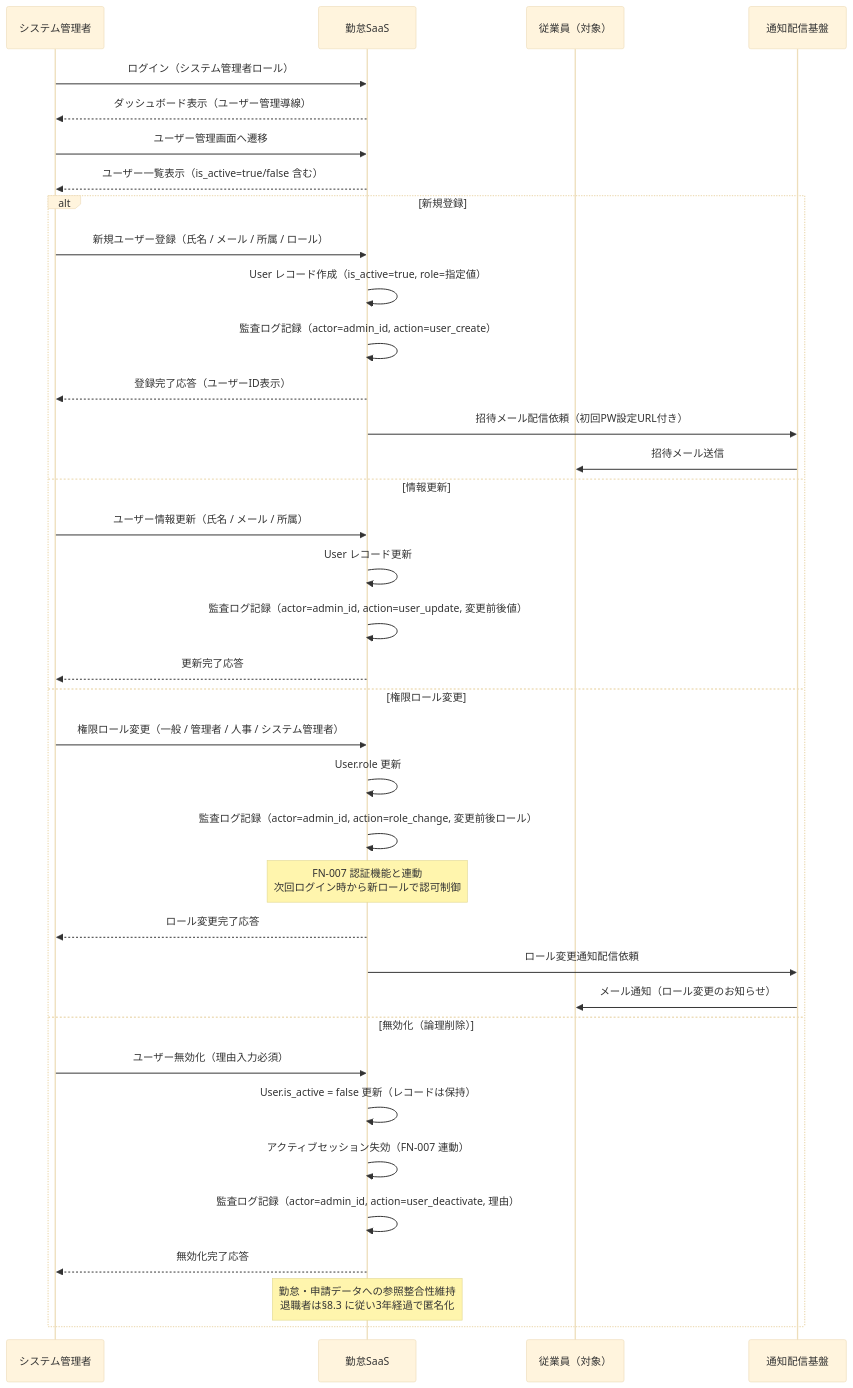
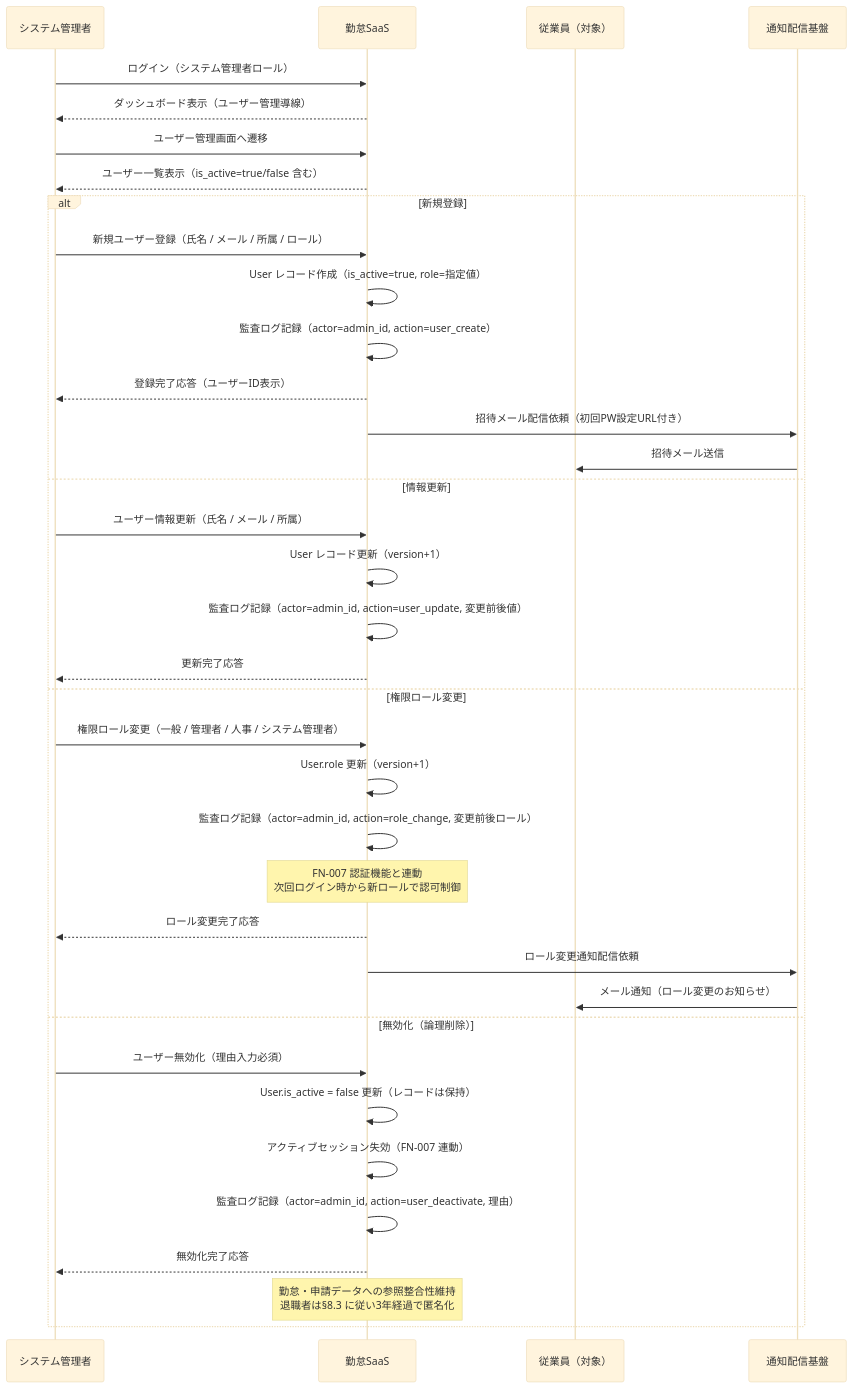
Before and after one commit to einja-inc/einja-management-template: the first of 3 diagrams in docs/einja/example/specs/projects/sample-attendance-saas/function-specs/function-spec-sample-attendance-saas__flow__master_management.md, drawn with Mermaid (base theme). The commit also changed other lines of this file and 7 other files, not shown here.

````diff
--- a/docs/einja/example/specs/projects/sample-attendance-saas/function-specs/function-spec-sample-attendance-saas__flow__master_management.md
+++ b/docs/einja/example/specs/projects/sample-attendance-saas/function-specs/function-spec-sample-attendance-saas__flow__master_management.md
@@ -70,41 +79,41 @@
 ```mermaid
 sequenceDiagram
     participant Admin as システム管理者
     participant Sys as 勤怠SaaS
     participant Emp as 従業員（対象）
     participant N as 通知配信基盤
 
     Admin->>Sys: ログイン（システム管理者ロール）
     Sys-->>Admin: ダッシュボード表示（ユーザー管理導線）
     Admin->>Sys: ユーザー管理画面へ遷移
     Sys-->>Admin: ユーザー一覧表示（is_active=true/false 含む）
 
     alt 新規登録
         Admin->>Sys: 新規ユーザー登録（氏名 / メール / 所属 / ロール）
         Sys->>Sys: User レコード作成（is_active=true, role=指定値）
         Sys->>Sys: 監査ログ記録（actor=admin_id, action=user_create）
         Sys-->>Admin: 登録完了応答（ユーザーID表示）
         Sys->>N: 招待メール配信依頼（初回PW設定URL付き）
         N->>Emp: 招待メール送信
     else 情報更新
         Admin->>Sys: ユーザー情報更新（氏名 / メール / 所属）
-        Sys->>Sys: User レコード更新
+        Sys->>Sys: User レコード更新（version+1）
         Sys->>Sys: 監査ログ記録（actor=admin_id, action=user_update, 変更前後値）
         Sys-->>Admin: 更新完了応答
     else 権限ロール変更
         Admin->>Sys: 権限ロール変更（一般 / 管理者 / 人事 / システム管理者）
-        Sys->>Sys: User.role 更新
+        Sys->>Sys: User.role 更新（version+1）
         Sys->>Sys: 監査ログ記録（actor=admin_id, action=role_change, 変更前後ロール）
         Note over Sys: FN-007 認証機能と連動<br/>次回ログイン時から新ロールで認可制御
         Sys-->>Admin: ロール変更完了応答
         Sys->>N: ロール変更通知配信依頼
         N->>Emp: メール通知（ロール変更のお知らせ）
     else 無効化（論理削除）
         Admin->>Sys: ユーザー無効化（理由入力必須）
         Sys->>Sys: User.is_active = false 更新（レコードは保持）
         Sys->>Sys: アクティブセッション失効（FN-007 連動）
         Sys->>Sys: 監査ログ記録（actor=admin_id, action=user_deactivate, 理由）
         Sys-->>Admin: 無効化完了応答
         Note over Sys: 勤怠・申請データへの参照整合性維持<br/>退職者は§8.3 に従い3年経過で匿名化
     end
 ```
````
